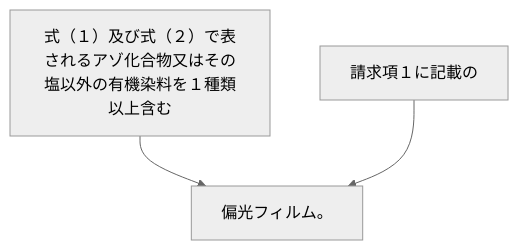
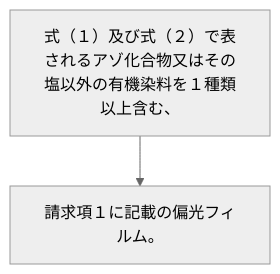
Before and after one commit to shinmori55/patent_analyzed: the diagram in 2024/JP2024031583A/claim_2/README.md, drawn with Mermaid (neutral theme). The commit also changed 336 other files, not shown here.

````diff
--- a/2024/JP2024031583A/claim_2/README.md
+++ b/2024/JP2024031583A/claim_2/README.md
@@ -2,8 +2,6 @@
 ```mermaid
 flowchart TD
-A[式（１）及び式（２）で表されるアゾ化合物又はその塩以外の有機染料を１種類以上含む]
-B[請求項１に記載の]
-C[偏光フィルム。]
-A --> C
-B --> C
+A[式（１）及び式（２）で表されるアゾ化合物又はその塩以外の有機染料を１種類以上含む、]
+B[請求項１に記載の偏光フィルム。]
+A --> B
 ```
````
